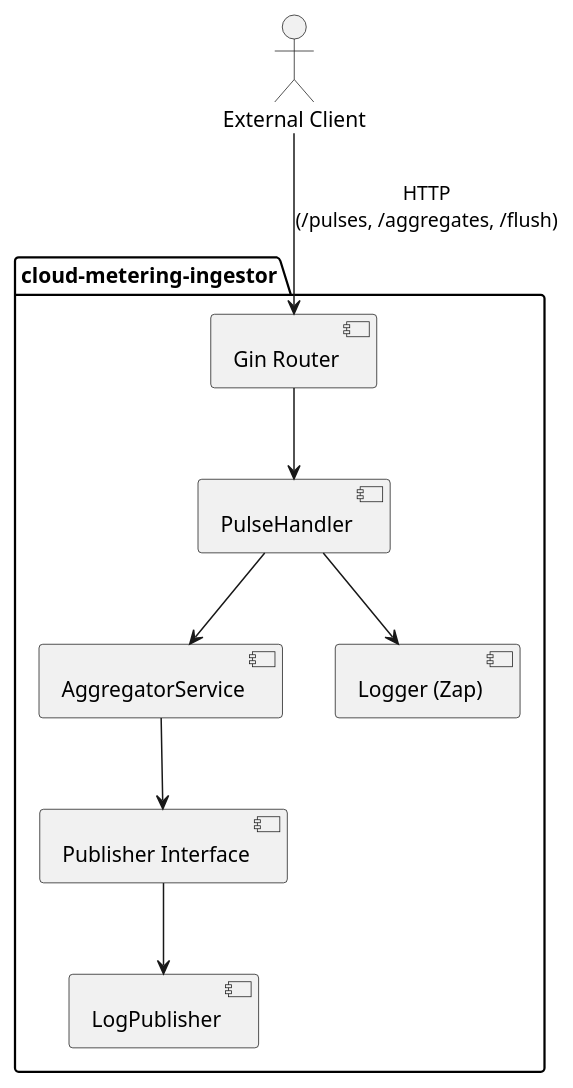
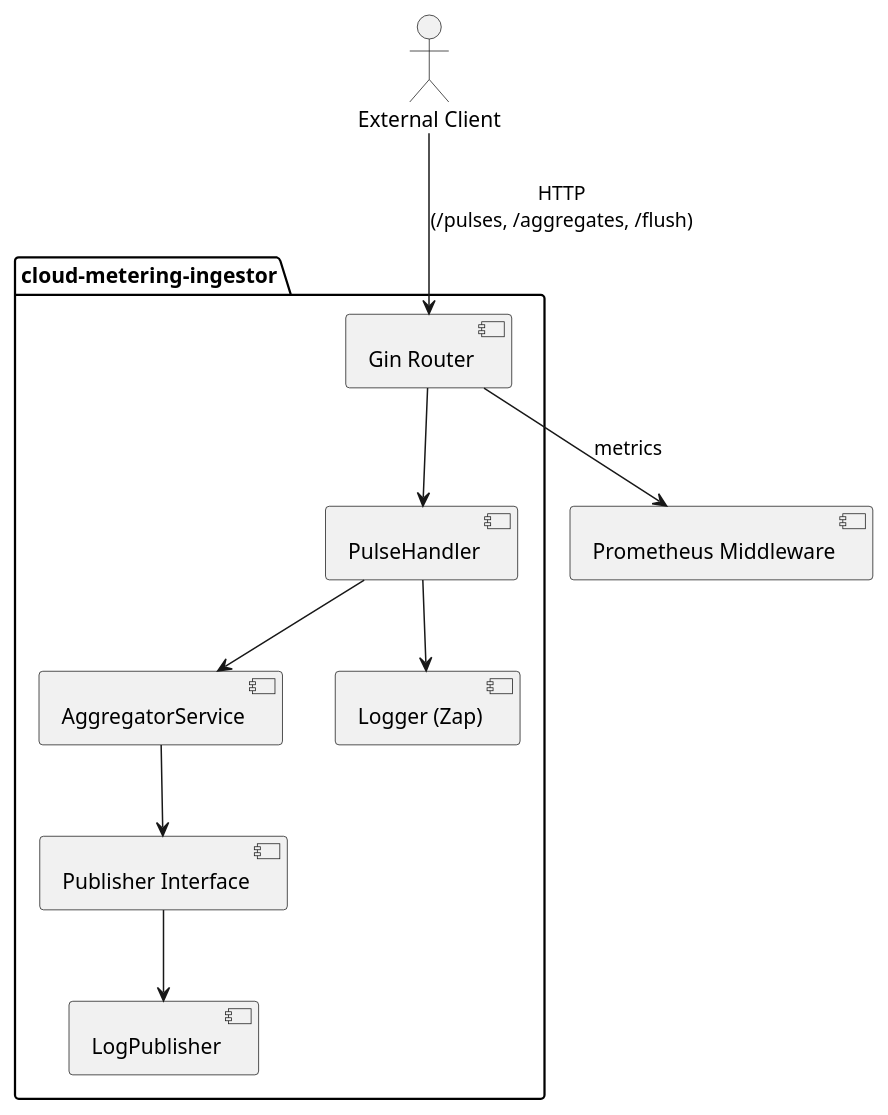
Before and after one commit to rodrigodosanjosoliveira/cloud-metering-ingestor: the diagram in docs/ingestor.puml, drawn with PlantUML. The commit also changed 1 other file, not shown here.

Commit message:
docs: update uml diagram

```diff
--- a/docs/ingestor.puml
+++ b/docs/ingestor.puml
@@ -1,15 +1,15 @@
 @startuml
 actor "External Client" as Client
 
 package "cloud-metering-ingestor" {
   [Gin Router] --> [PulseHandler]
   [PulseHandler] --> [AggregatorService]
   [PulseHandler] --> [Logger (Zap)]
   [AggregatorService] --> [Publisher Interface]
   [Publisher Interface] --> [LogPublisher]
 }
 
 Client --> [Gin Router] : HTTP\n(/pulses, /aggregates, /flush)
-'[Gin Router] --> [Prometheus Middleware] : metrics
+[Gin Router] --> [Prometheus Middleware] : metrics
 
 @enduml
```
